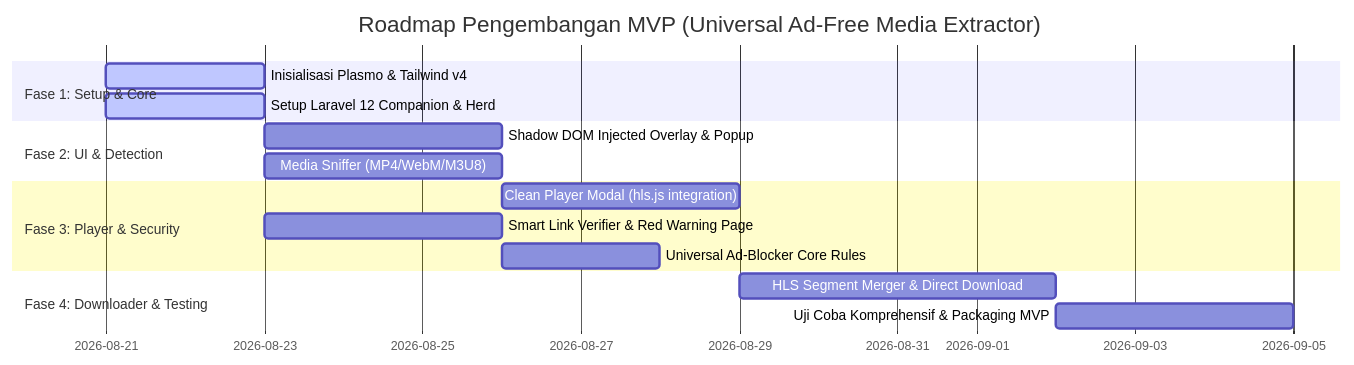
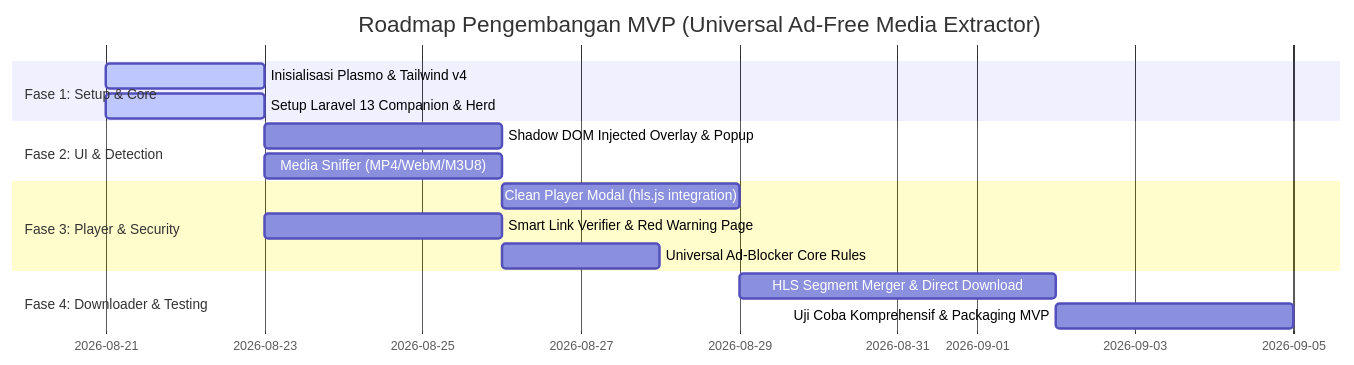
Before and after one commit to Limzy71/Ad-Free-Media-Extractor: the second of 2 diagrams in dokumen/Dokumen PRD.md, drawn with Mermaid. The commit also changed other lines of this file and 1 other file, not shown here.

Commit message:
docs: mark phase-7 as complete, update backend version to Laravel 13

````diff
--- a/dokumen/Dokumen PRD.md
+++ b/dokumen/Dokumen PRD.md
@@ -182,18 +182,18 @@
 ```mermaid
 gantt
     title Roadmap Pengembangan MVP (Universal Ad-Free Media Extractor)
     dateFormat  YYYY-MM-DD
     section Fase 1: Setup & Core
     Inisialisasi Plasmo & Tailwind v4       :active, p1, 2026-08-21, 2d
-    Setup Laravel 12 Companion & Herd       :active, p2, 2026-08-21, 2d
+    Setup Laravel 13 Companion & Herd       :active, p2, 2026-08-21, 2d
     section Fase 2: UI & Detection
     Shadow DOM Injected Overlay & Popup     :p3, after p1, 3d
     Media Sniffer (MP4/WebM/M3U8)           :p4, after p1, 3d
     section Fase 3: Player & Security
     Clean Player Modal (hls.js integration) :p5, after p4, 3d
     Smart Link Verifier & Red Warning Page  :p6, after p2, 3d
     Universal Ad-Blocker Core Rules         :p7, after p3, 2d
     section Fase 4: Downloader & Testing
     HLS Segment Merger & Direct Download    :p8, after p5, 4d
     Uji Coba Komprehensif & Packaging MVP   :p9, after p8, 3d
 ```
````
